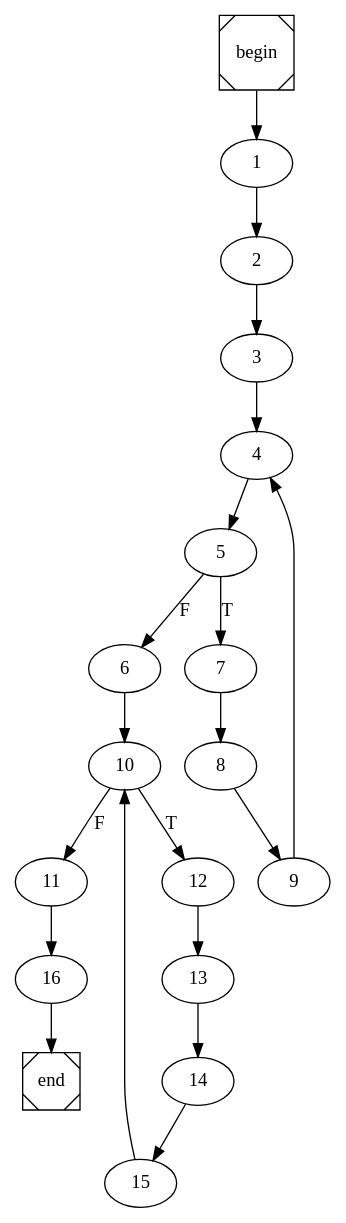
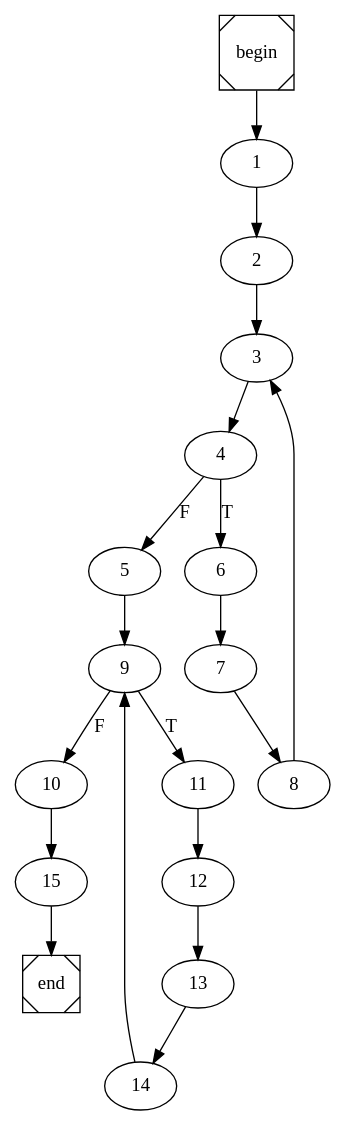
One commit to ivSaav/COMP changed the diagram in beLazy.dot. Above: the diagram before and after it, drawn with Graphviz. The commit also changed 7 other files, not shown here.

```diff
--- a/beLazy.dot
+++ b/beLazy.dot
@@ -1,4 +1,4 @@
 digraph cfg {
 	begin [shape=Msquare];
 	end [shape=Msquare];
-	begin -> 1;	1 -> 2;	2 -> 3;	3 -> 4;	4 -> 5;	5 -> 7[label=T];	5 -> 6[label=F];	6 -> 10;	7 -> 8;	8 -> 9;	9 -> 4;	10 -> 12[label=T];	10 -> 11[label=F];	11 -> 16;	12 -> 13;	13 -> 14;	14 -> 15;	15 -> 10;	16 -> end;}
+	begin -> 1;	1 -> 2;	2 -> 3;	3 -> 4;	4 -> 6[label=T];	4 -> 5[label=F];	5 -> 9;	6 -> 7;	7 -> 8;	8 -> 3;	9 -> 11[label=T];	9 -> 10[label=F];	10 -> 15;	11 -> 12;	12 -> 13;	13 -> 14;	14 -> 9;	15 -> end;}
```
